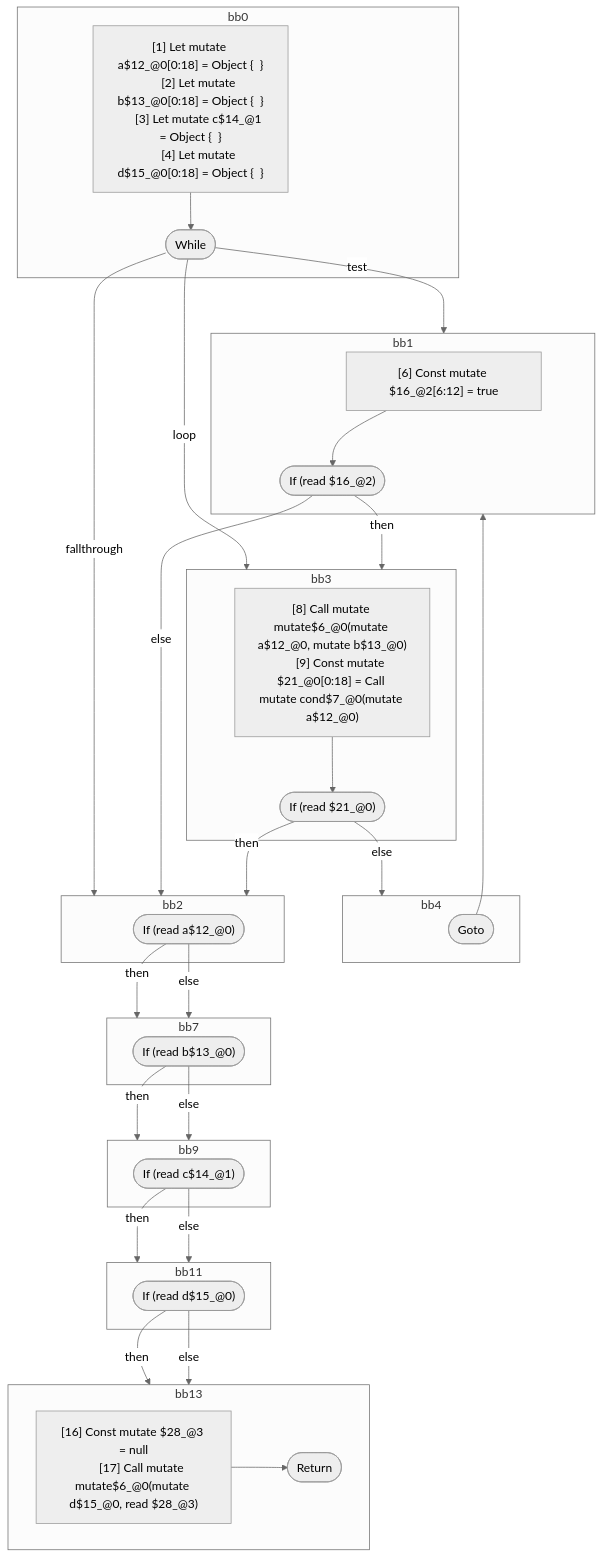
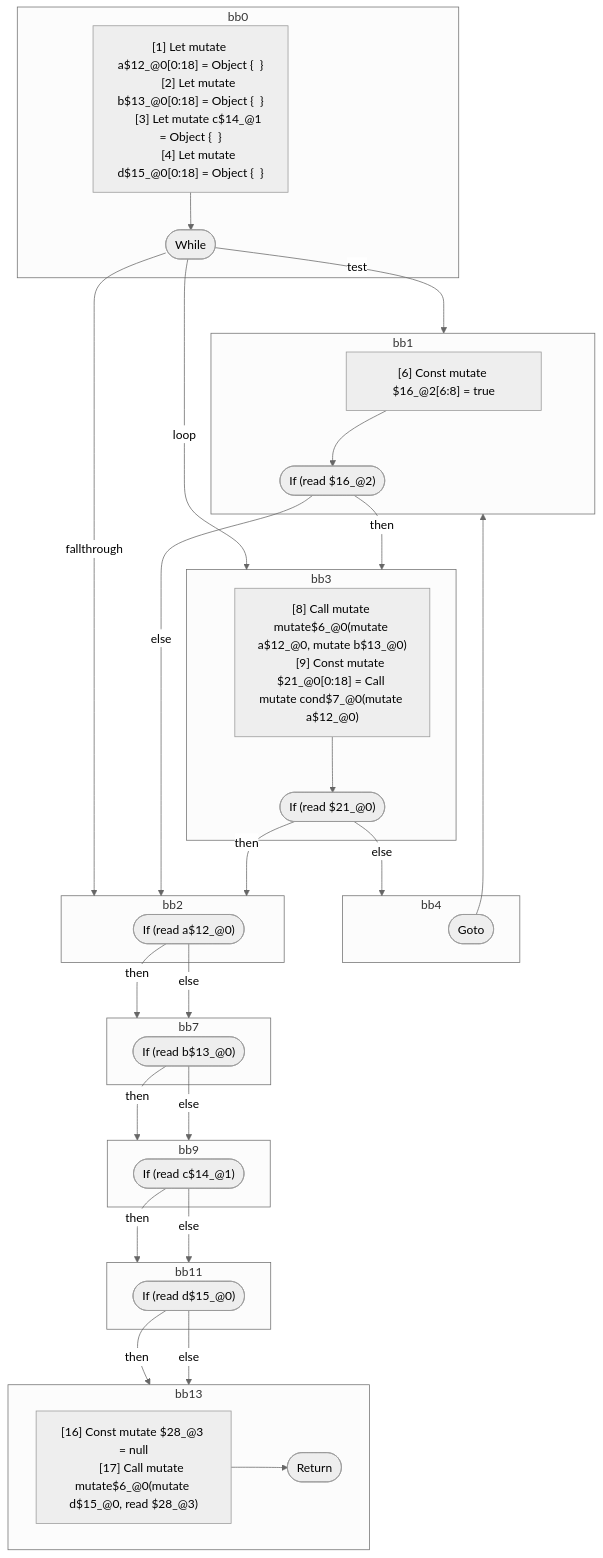
One commit to wutsmog/private changed the third of 3 diagrams in compiler/forget/src/__tests__/fixtures/hir/mutable-liverange-loop.expect.md. Above: the diagram before and after it, drawn with Mermaid (neutral theme). The commit also changed other lines of this file and 9 other files, not shown here.

````diff
--- a/compiler/forget/src/__tests__/fixtures/hir/mutable-liverange-loop.expect.md
+++ b/compiler/forget/src/__tests__/fixtures/hir/mutable-liverange-loop.expect.md
@@ -134,67 +134,67 @@
 ```mermaid
 flowchart TB
   %% Basic Blocks
   subgraph bb0
     bb0_instrs["
       [1] Let mutate a$12_@0[0:18] = Object {  }
       [2] Let mutate b$13_@0[0:18] = Object {  }
       [3] Let mutate c$14_@1 = Object {  }
       [4] Let mutate d$15_@0[0:18] = Object {  }
     "]
     bb0_instrs --> bb0_terminal(["While"])
   end
   subgraph bb1
     bb1_instrs["
-      [6] Const mutate $16_@2[6:12] = true
+      [6] Const mutate $16_@2[6:8] = true
     "]
     bb1_instrs --> bb1_terminal(["If (read $16_@2)"])
   end
   subgraph bb3
     bb3_instrs["
       [8] Call mutate mutate$6_@0(mutate a$12_@0, mutate b$13_@0)
       [9] Const mutate $21_@0[0:18] = Call mutate cond$7_@0(mutate a$12_@0)
     "]
     bb3_instrs --> bb3_terminal(["If (read $21_@0)"])
   end
   subgraph bb4
     bb4_terminal(["Goto"])
   end
   subgraph bb2
     bb2_terminal(["If (read a$12_@0)"])
   end
   subgraph bb7
     bb7_terminal(["If (read b$13_@0)"])
   end
   subgraph bb9
     bb9_terminal(["If (read c$14_@1)"])
   end
   subgraph bb11
     bb11_terminal(["If (read d$15_@0)"])
   end
   subgraph bb13
     bb13_instrs["
       [16] Const mutate $28_@3 = null
       [17] Call mutate mutate$6_@0(mutate d$15_@0, read $28_@3)
     "]
     bb13_instrs --> bb13_terminal(["Return"])
   end
 
   %% Jumps
   bb0_terminal -- "test" --> bb1
   bb0_terminal -- "loop" --> bb3
   bb0_terminal -- "fallthrough" --> bb2
   bb1_terminal -- "then" --> bb3
   bb1_terminal -- "else" --> bb2
   bb3_terminal -- "then" --> bb2
   bb3_terminal -- "else" --> bb4
   bb4_terminal --> bb1
   bb2_terminal -- "then" --> bb7
   bb2_terminal -- "else" --> bb7
   bb7_terminal -- "then" --> bb9
   bb7_terminal -- "else" --> bb9
   bb9_terminal -- "then" --> bb11
   bb9_terminal -- "else" --> bb11
   bb11_terminal -- "then" --> bb13
   bb11_terminal -- "else" --> bb13
 
 ```
````
